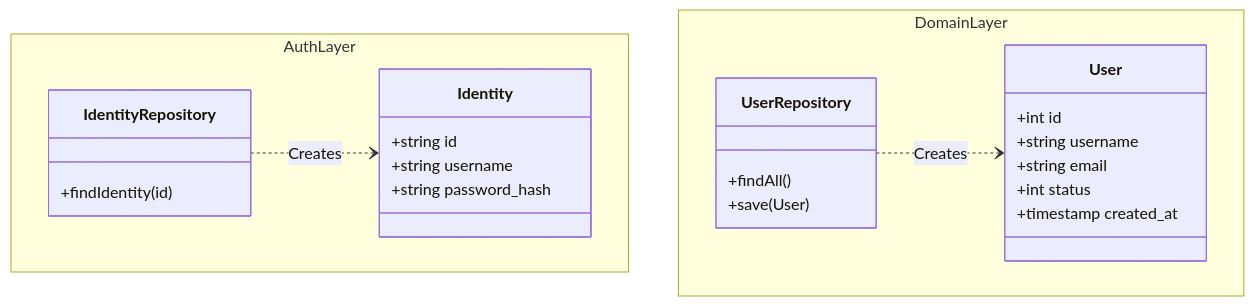
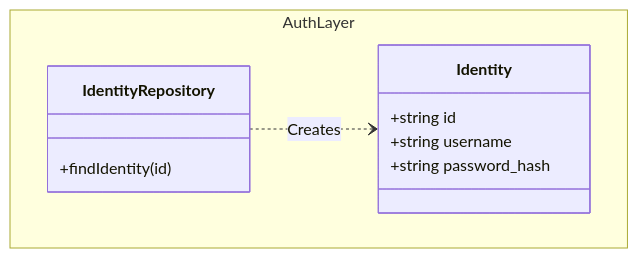
The diagram in docs/COMPONENTS.md (dennisbrian/yii3), drawn with Mermaid before and after one commit. The commit also changed other lines of this file and 5 other files, not shown here.

First line of the commit message:
chore: remove unused User entity and repository

````diff
--- a/docs/COMPONENTS.md
+++ b/docs/COMPONENTS.md
@@ -51,31 +26,16 @@
 ```mermaid
 classDiagram
     direction TB
     namespace AuthLayer {
         class Identity {
             +string id
             +string username
             +string password_hash
         }
         class IdentityRepository {
             +findIdentity(id)
         }
     }
 
-    namespace DomainLayer {
-        class User {
-            +int id
-            +string username
-            +string email
-            +int status
-            +timestamp created_at
-        }
-        class UserRepository {
-            +findAll()
-            +save(User)
-        }
-    }
-
     IdentityRepository ..> Identity : Creates
-    UserRepository ..> User : Creates
 ```
````
